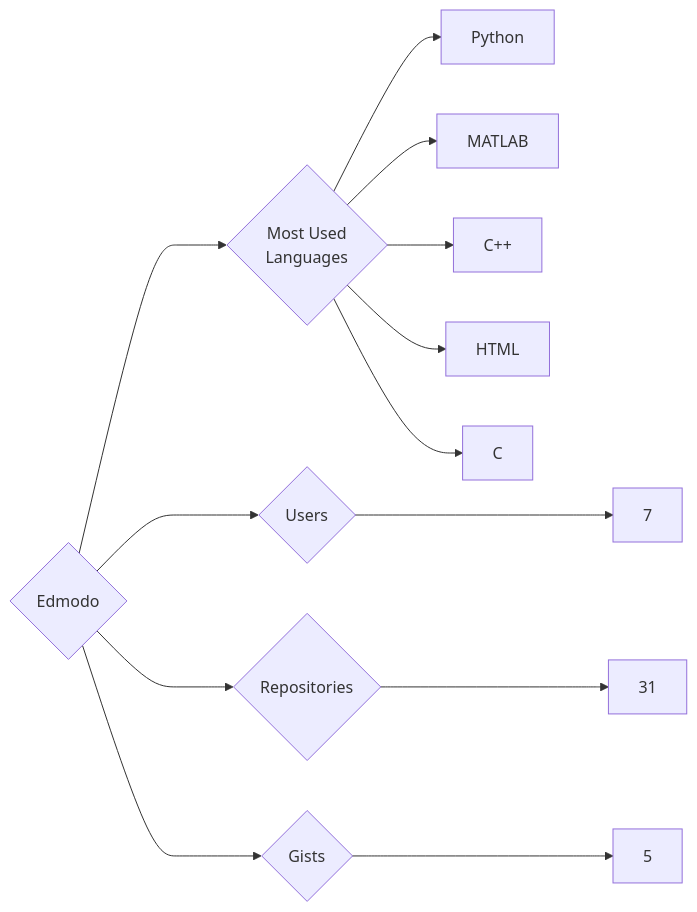
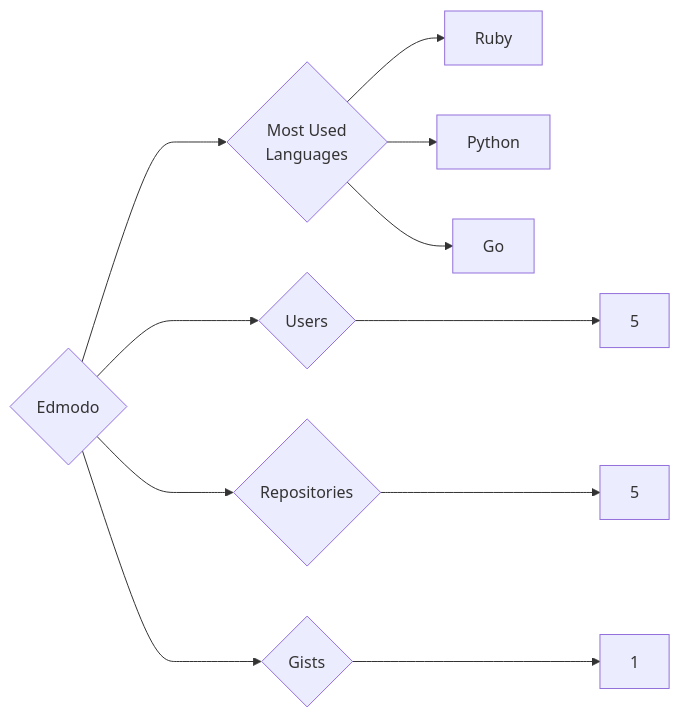
Before and after one commit to trickest/insiders: the diagram in targets/Edmodo/README.md, drawn with Mermaid. The commit also changed 750 other files, not shown here.

````diff
--- a/targets/Edmodo/README.md
+++ b/targets/Edmodo/README.md
@@ -3,13 +3,11 @@
 ```mermaid
 graph LR
 COMPANY_NAME{Edmodo}
-COMPANY_NAME ---> U{Users} ---> UN[7]
-COMPANY_NAME ---> R{Repositories} ---> RN[31]
-COMPANY_NAME ---> G{Gists} ---> GN[5]
+COMPANY_NAME ---> U{Users} ---> UN[5]
+COMPANY_NAME ---> R{Repositories} ---> RN[5]
+COMPANY_NAME ---> G{Gists} ---> GN[1]
 COMPANY_NAME ---> ML{Most Used<br>Languages}
+ML --> Ruby[Ruby]
 ML --> Python[Python]
-ML --> MATLAB[MATLAB]
-ML --> C++[C++]
-ML --> HTML[HTML]
-ML --> C[C]
+ML --> Go[Go]
 ```
````
